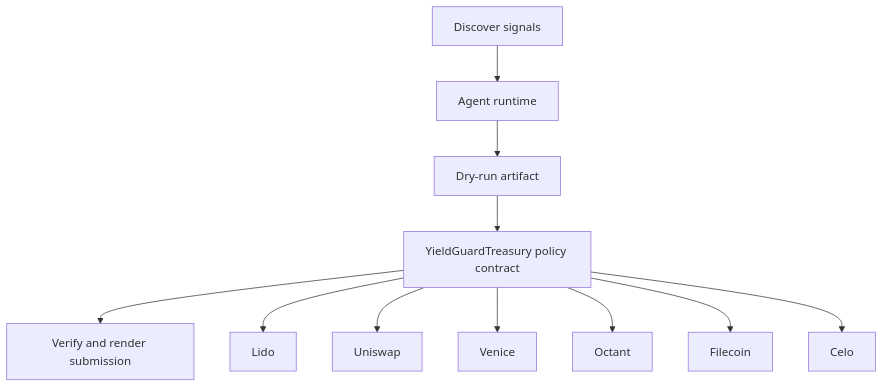
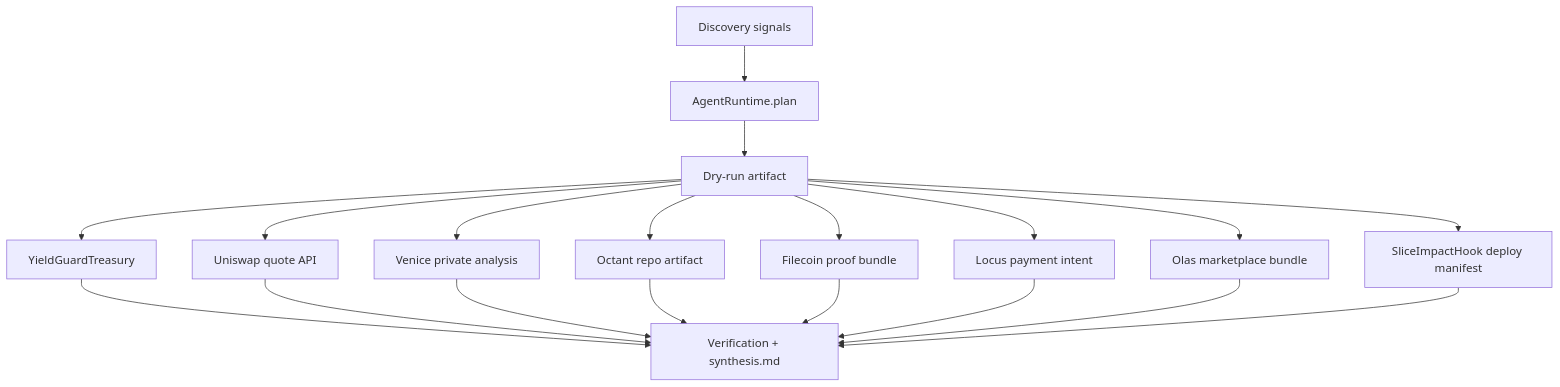
The diagram in README.md (CrystallineButterfly/Synthesis-YieldGuard-OpenTrack), drawn with Mermaid before and after one commit. The commit also changed other lines of this file and 29 other files, not shown here.

Commit message:
Finalize YieldGuard Sepolia submission

````diff
--- a/README.md
+++ b/README.md
@@ -33,15 +43,21 @@
 ```mermaid
 flowchart TD
-    Signals[Discover signals]
-    Planner[Agent runtime]
-    DryRun[Dry-run artifact]
-    Contract[YieldGuardTreasury policy contract]
-    Verify[Verify and render submission]
-    Signals --> Planner --> DryRun --> Contract --> Verify
-    Contract --> lido[Lido]
-    Contract --> uniswap[Uniswap]
-    Contract --> venice[Venice]
-    Contract --> octant[Octant]
-    Contract --> filecoin[Filecoin]
-    Contract --> celo[Celo]
+    signals[Discovery signals] --> planner[AgentRuntime.plan]
+    planner --> dryrun[Dry-run artifact]
+    dryrun --> treasury[YieldGuardTreasury]
+    dryrun --> uniswap[Uniswap quote API]
+    dryrun --> venice[Venice private analysis]
+    dryrun --> octant[Octant repo artifact]
+    dryrun --> filecoin[Filecoin proof bundle]
+    dryrun --> locus[Locus payment intent]
+    dryrun --> olas[Olas marketplace bundle]
+    dryrun --> slice[SliceImpactHook deploy manifest]
+    treasury --> verify[Verification + synthesis.md]
+    uniswap --> verify
+    venice --> verify
+    octant --> verify
+    filecoin --> verify
+    locus --> verify
+    olas --> verify
+    slice --> verify
 ```
````
